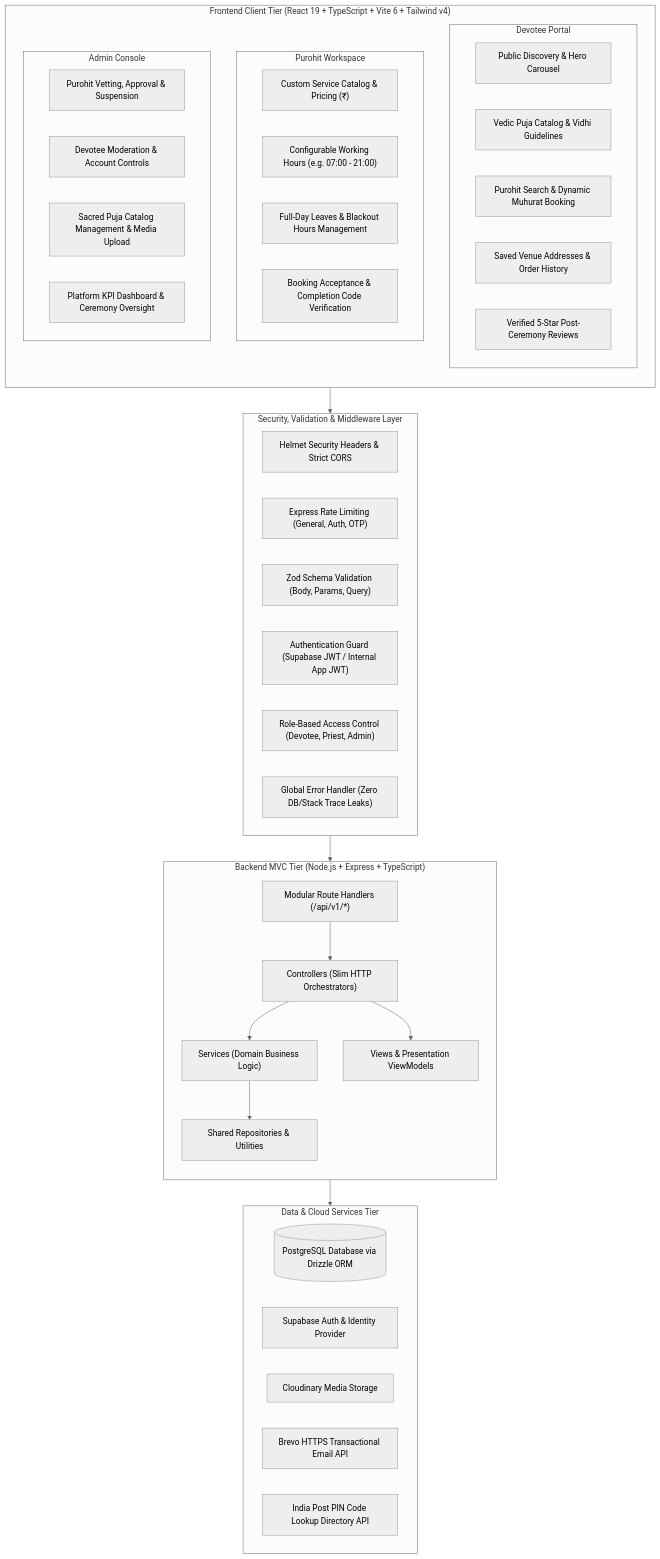
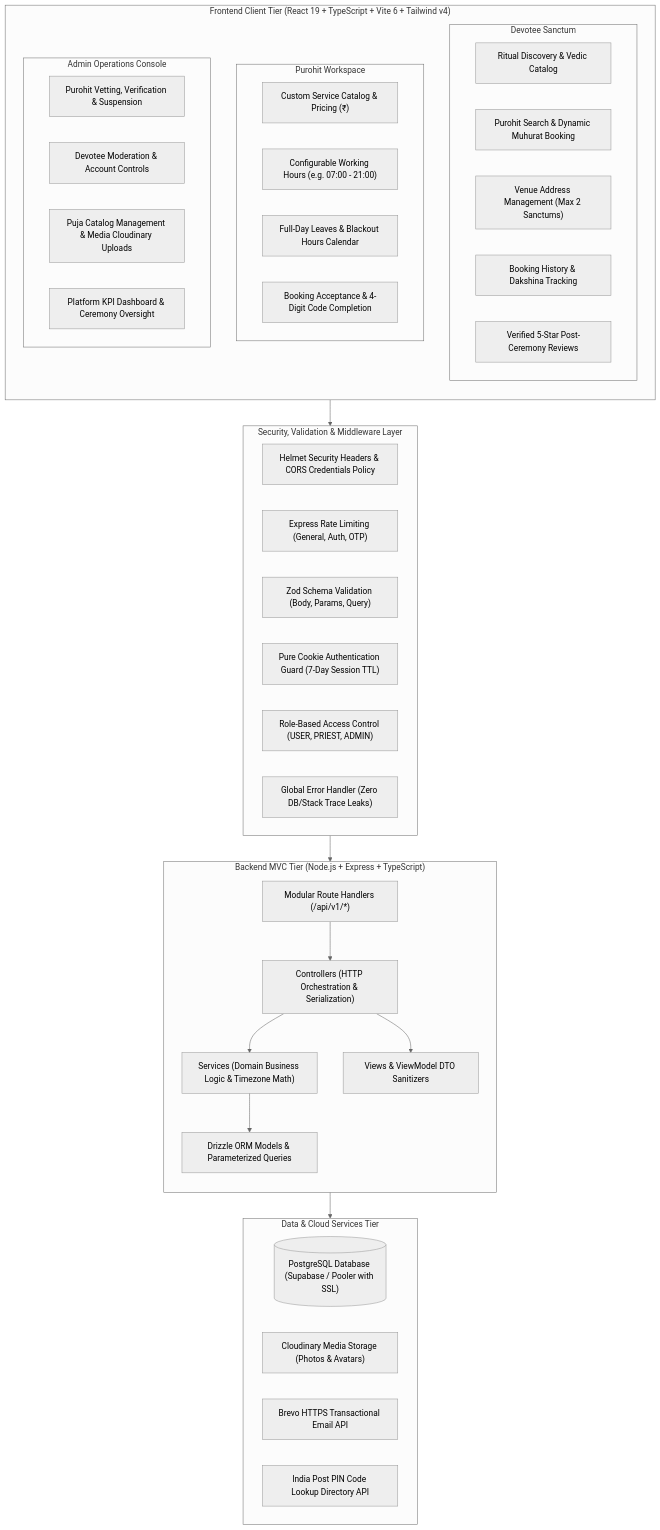
The first of 8 diagrams in README.md (arnab825/pujaCircle), drawn with Mermaid (neutral theme) before and after one commit. The commit also changed other lines of this file, not shown here.

Commit message:
Implement code changes to enhance functionality and improve performance

````diff
--- a/README.md
+++ b/README.md
@@ -27,57 +28,56 @@
 ```mermaid
 flowchart TB
     subgraph ClientTier["Frontend Client Tier (React 19 + TypeScript + Vite 6 + Tailwind v4)"]
         direction TB
-        subgraph DevoteePortal["Devotee Portal"]
-            D1["Public Discovery & Hero Carousel"]
-            D2["Vedic Puja Catalog & Vidhi Guidelines"]
-            D3["Purohit Search & Dynamic Muhurat Booking"]
-            D4["Saved Venue Addresses & Order History"]
+        subgraph DevoteePortal["Devotee Sanctum"]
+            D1["Ritual Discovery & Vedic Catalog"]
+            D2["Purohit Search & Dynamic Muhurat Booking"]
+            D3["Venue Address Management (Max 2 Sanctums)"]
+            D4["Booking History & Dakshina Tracking"]
             D5["Verified 5-Star Post-Ceremony Reviews"]
         end
         subgraph PriestPortal["Purohit Workspace"]
             P1["Custom Service Catalog & Pricing (₹)"]
             P2["Configurable Working Hours (e.g. 07:00 - 21:00)"]
-            P3["Full-Day Leaves & Blackout Hours Management"]
-            P4["Booking Acceptance & Completion Code Verification"]
+            P3["Full-Day Leaves & Blackout Hours Calendar"]
+            P4["Booking Acceptance & 4-Digit Code Completion"]
         end
-        subgraph AdminPortal["Admin Console"]
-            A1["Purohit Vetting, Approval & Suspension"]
+        subgraph AdminPortal["Admin Operations Console"]
+            A1["Purohit Vetting, Verification & Suspension"]
             A2["Devotee Moderation & Account Controls"]
-            A3["Sacred Puja Catalog Management & Media Upload"]
+            A3["Puja Catalog Management & Media Cloudinary Uploads"]
             A4["Platform KPI Dashboard & Ceremony Oversight"]
         end
     end
 
     subgraph SecurityGateway["Security, Validation & Middleware Layer"]
-        M1["Helmet Security Headers & Strict CORS"]
+        M1["Helmet Security Headers & CORS Credentials Policy"]
         M2["Express Rate Limiting (General, Auth, OTP)"]
         M3["Zod Schema Validation (Body, Params, Query)"]
-        M4["Authentication Guard (Supabase JWT / Internal App JWT)"]
-        M5["Role-Based Access Control (Devotee, Priest, Admin)"]
+        M4["Pure Cookie Authentication Guard (7-Day Session TTL)"]
+        M5["Role-Based Access Control (USER, PRIEST, ADMIN)"]
         M6["Global Error Handler (Zero DB/Stack Trace Leaks)"]
     end
 
     subgraph BackendTier["Backend MVC Tier (Node.js + Express + TypeScript)"]
         direction TB
         R["Modular Route Handlers (/api/v1/*)"]
-        C["Controllers (Slim HTTP Orchestrators)"]
-        S["Services (Domain Business Logic)"]
-        REP["Shared Repositories & Utilities"]
-        V["Views & Presentation ViewModels"]
+        C["Controllers (HTTP Orchestration & Serialization)"]
+        S["Services (Domain Business Logic & Timezone Math)"]
+        REP["Drizzle ORM Models & Parameterized Queries"]
+        V["Views & ViewModel DTO Sanitizers"]
         R --> C --> S --> REP
         C --> V
     end
 
     subgraph DataAndCloudTier["Data & Cloud Services Tier"]
-        DB[("PostgreSQL Database via Drizzle ORM")]
-        SB["Supabase Auth & Identity Provider"]
-        CL["Cloudinary Media Storage"]
+        DB[("PostgreSQL Database (Supabase / Pooler with SSL)")]
+        CL["Cloudinary Media Storage (Photos & Avatars)"]
         BR["Brevo HTTPS Transactional Email API"]
         PIN["India Post PIN Code Lookup Directory API"]
     end
 
     ClientTier --> SecurityGateway
     SecurityGateway --> BackendTier
     BackendTier --> DataAndCloudTier
 ```
````
